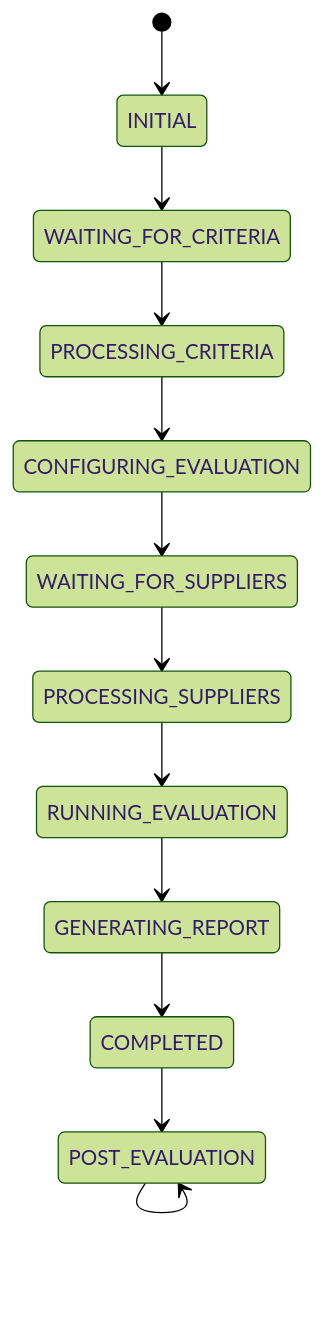
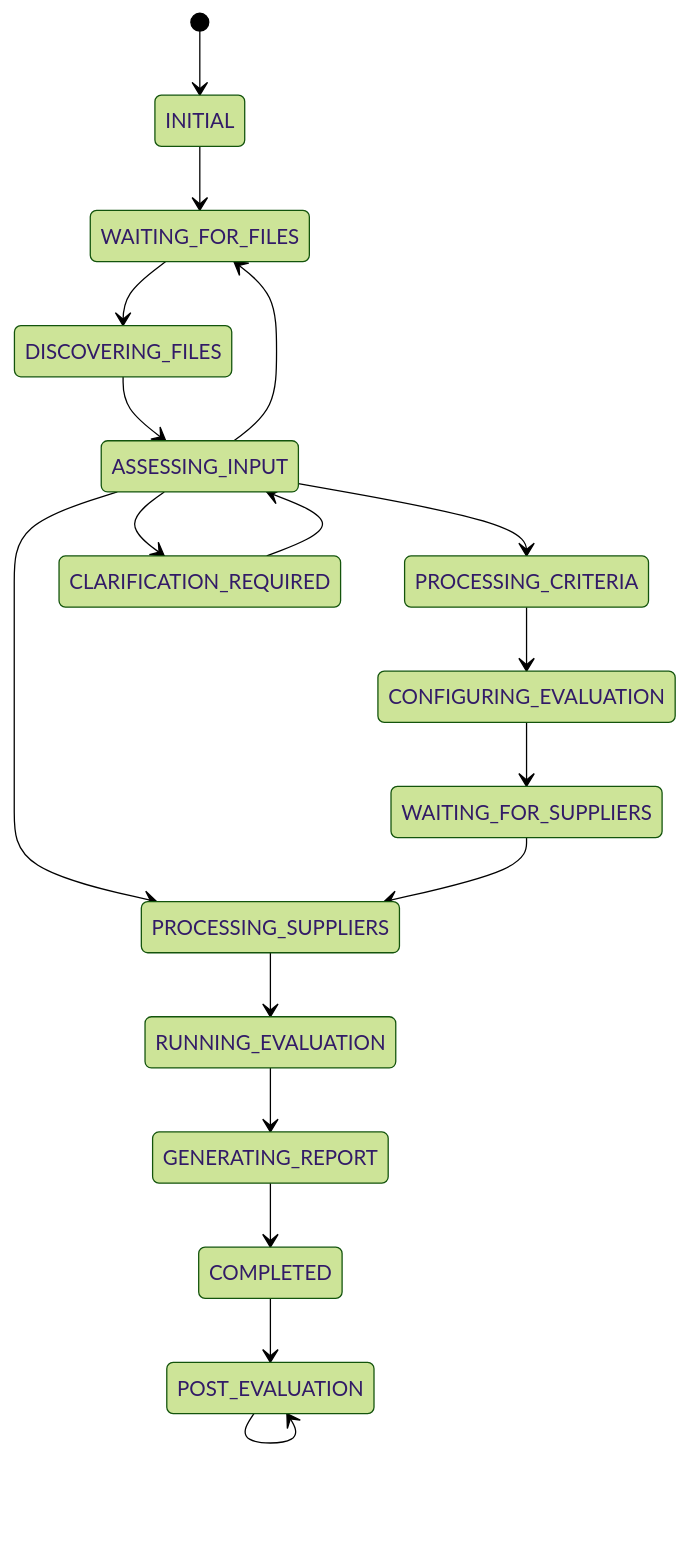
Before and after one commit to adityarane-ai/Agentic-Orchestrations: the diagram in Bid Analysis Agent/05-Conversation-State-Machine.md, drawn with Mermaid (forest theme). The commit also changed other lines of this file, not shown here.

````diff
--- a/Bid Analysis Agent/05-Conversation-State-Machine.md
+++ b/Bid Analysis Agent/05-Conversation-State-Machine.md
@@ -68,25 +47,34 @@
 ```mermaid
 stateDiagram-v2
 
 [*] --> INITIAL
 
-INITIAL --> WAITING_FOR_CRITERIA
+INITIAL --> WAITING_FOR_FILES
 
-WAITING_FOR_CRITERIA --> PROCESSING_CRITERIA
+WAITING_FOR_FILES --> DISCOVERING_FILES
+
+DISCOVERING_FILES --> ASSESSING_INPUT
+
+ASSESSING_INPUT --> PROCESSING_CRITERIA
+ASSESSING_INPUT --> PROCESSING_SUPPLIERS
+ASSESSING_INPUT --> CLARIFICATION_REQUIRED
+ASSESSING_INPUT --> WAITING_FOR_FILES
+
+CLARIFICATION_REQUIRED --> ASSESSING_INPUT
 
 PROCESSING_CRITERIA --> CONFIGURING_EVALUATION
 
 CONFIGURING_EVALUATION --> WAITING_FOR_SUPPLIERS
 
 WAITING_FOR_SUPPLIERS --> PROCESSING_SUPPLIERS
 
 PROCESSING_SUPPLIERS --> RUNNING_EVALUATION
 
 RUNNING_EVALUATION --> GENERATING_REPORT
 
 GENERATING_REPORT --> COMPLETED
 
 COMPLETED --> POST_EVALUATION
 
 POST_EVALUATION --> POST_EVALUATION
 ```
````
